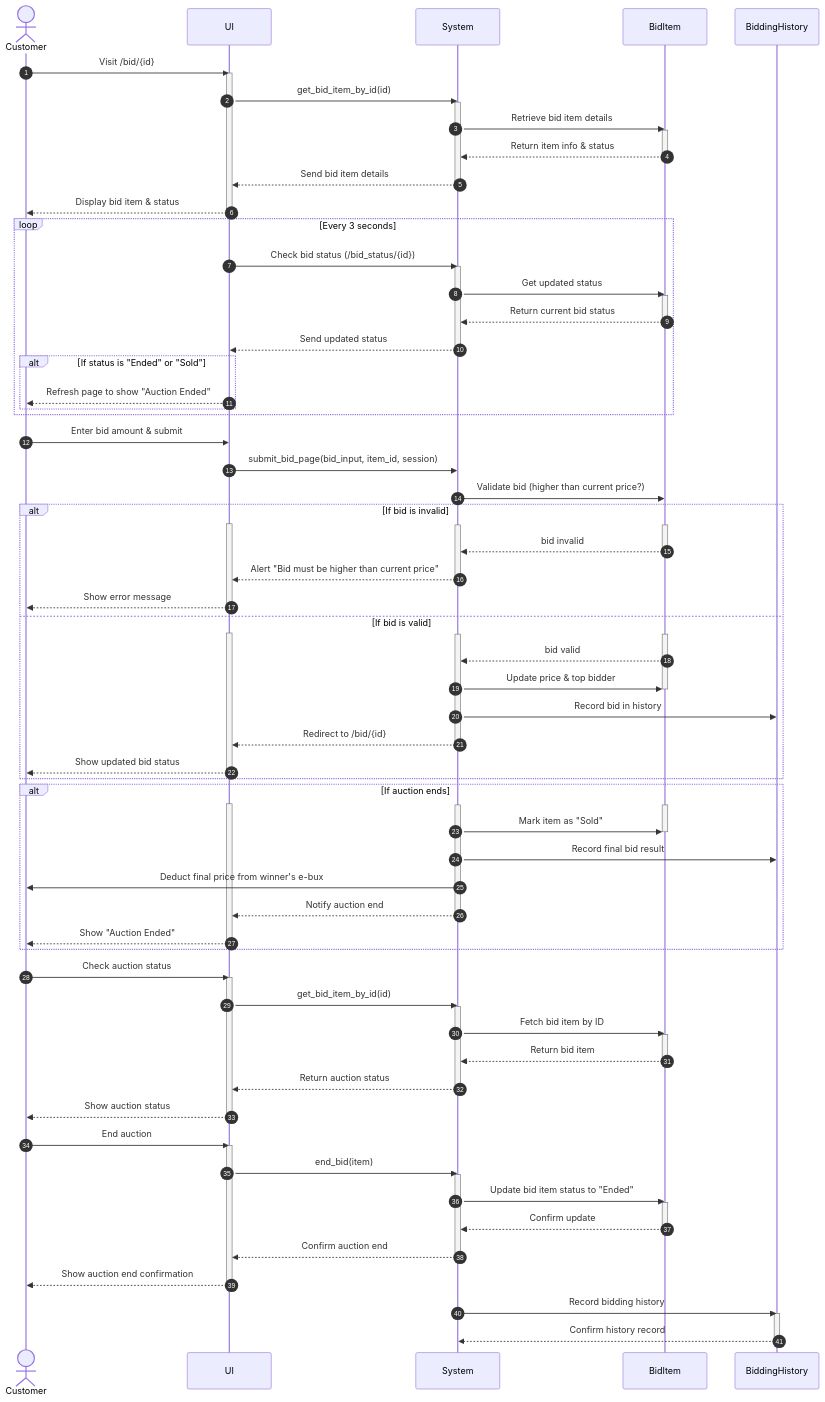
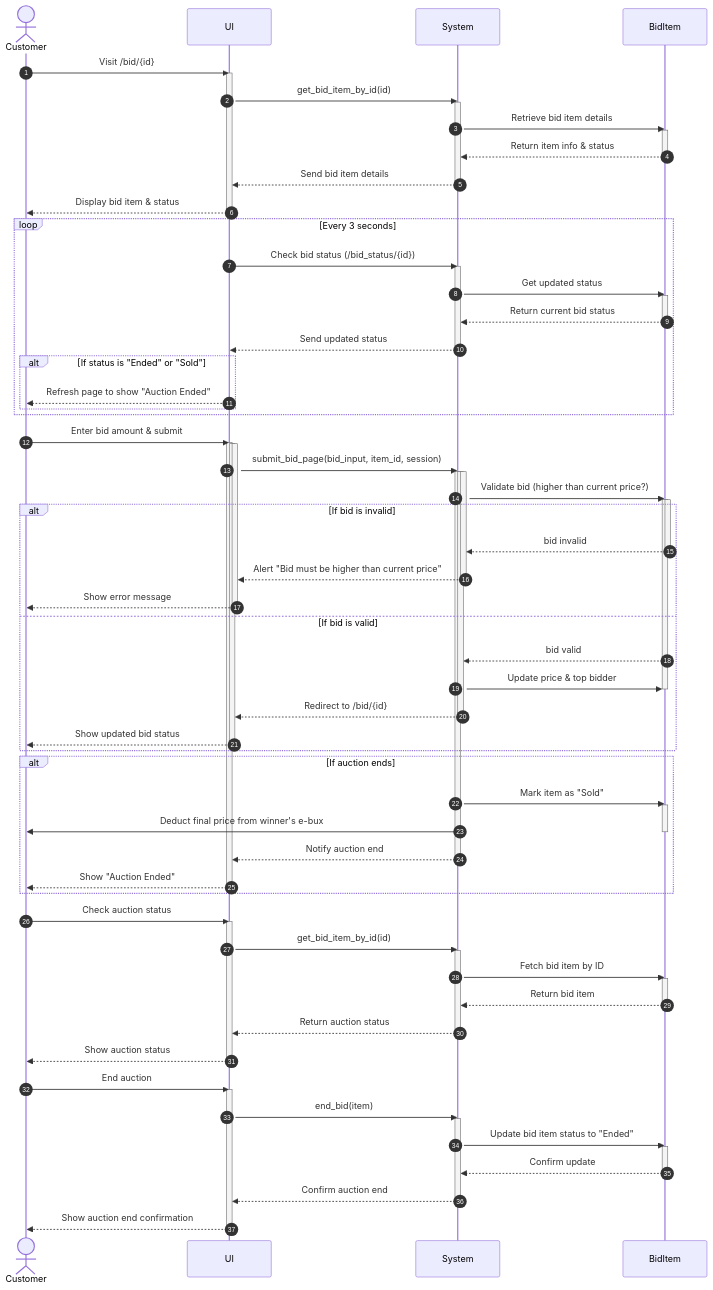
Before and after one commit to Bokutosimp/CE_OOP_PROJECT: the diagram in diagram/sequence/bidding.md, drawn with Mermaid. The commit also changed 2 other files, not shown here.

Commit message:
review and bid sequence

````diff
--- a/diagram/sequence/bidding.md
+++ b/diagram/sequence/bidding.md
@@ -5,7 +5,6 @@
   participant UI as UI
   participant System as System
   participant BidItem as BidItem
-  participant BiddingHistory as BiddingHistory
 
   Customer->>UI: Visit /bid/{id}
   activate UI
@@ -35,12 +34,17 @@
   end
 
   Customer->>UI: Enter bid amount & submit
+  activate UI
+  activate UI
+  activate UI
   UI->>System: submit_bid_page(bid_input, item_id, session)
+  activate System
+  activate System
+  activate System
   System->>BidItem: Validate bid (higher than current price?)
+  activate BidItem
+  activate BidItem
   alt If bid is invalid
-    activate UI
-    activate System
-    activate BidItem
     BidItem-->>System: bid invalid
     deactivate BidItem
     System-->>UI: Alert "Bid must be higher than current price"
@@ -48,13 +52,9 @@
     UI-->>Customer: Show error message
     deactivate UI
   else If bid is valid
-    activate UI
-    activate System
-    activate BidItem
     BidItem-->>System: bid valid
     System->>BidItem: Update price & top bidder
     deactivate BidItem
-    System->>BiddingHistory: Record bid in history
     System-->>UI: Redirect to /bid/{id}
     deactivate System
     UI-->>Customer: Show updated bid status
@@ -62,13 +62,10 @@
   end
 
   alt If auction ends
-    activate UI
-    activate System
+    System->>BidItem: Mark item as "Sold"
     activate BidItem
-    System->>BidItem: Mark item as "Sold"
+    System->>Customer: Deduct final price from winner's e-bux
     deactivate BidItem
-    System->>BiddingHistory: Record final bid result
-    System->>Customer: Deduct final price from winner's e-bux
     System-->>UI: Notify auction end
     deactivate System
     UI-->>Customer: Show "Auction Ended"
@@ -100,9 +97,4 @@
   deactivate System
   UI-->>Customer: Show auction end confirmation
   deactivate UI
-
-  System->>BiddingHistory: Record bidding history
-  activate BiddingHistory
-  BiddingHistory-->>System: Confirm history record
-  deactivate BiddingHistory
 ```
````
